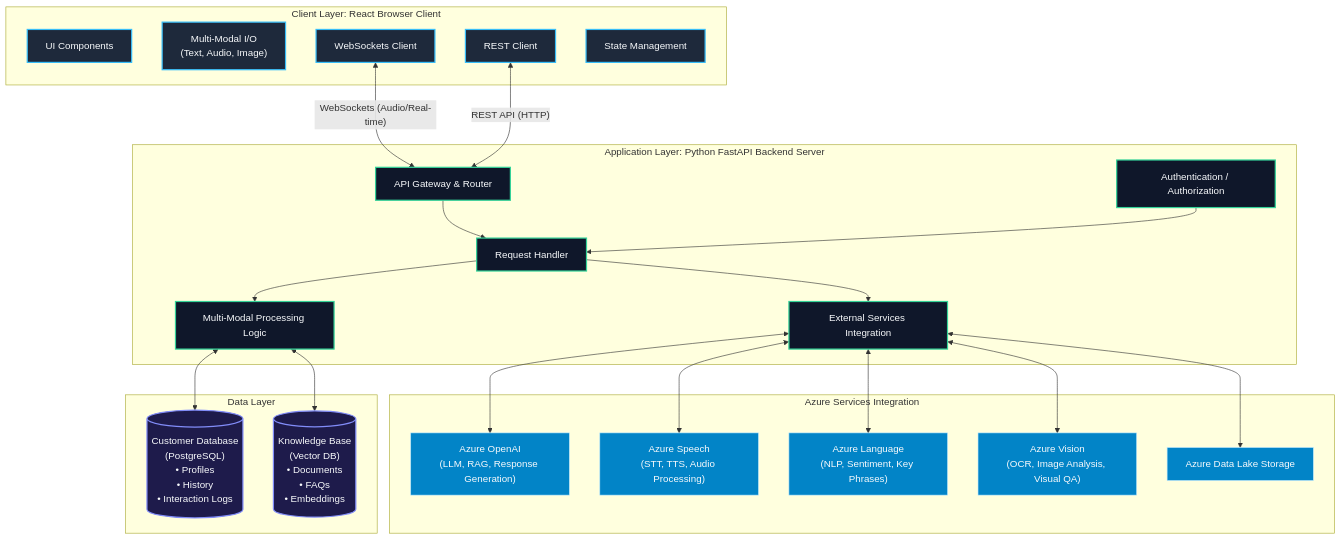
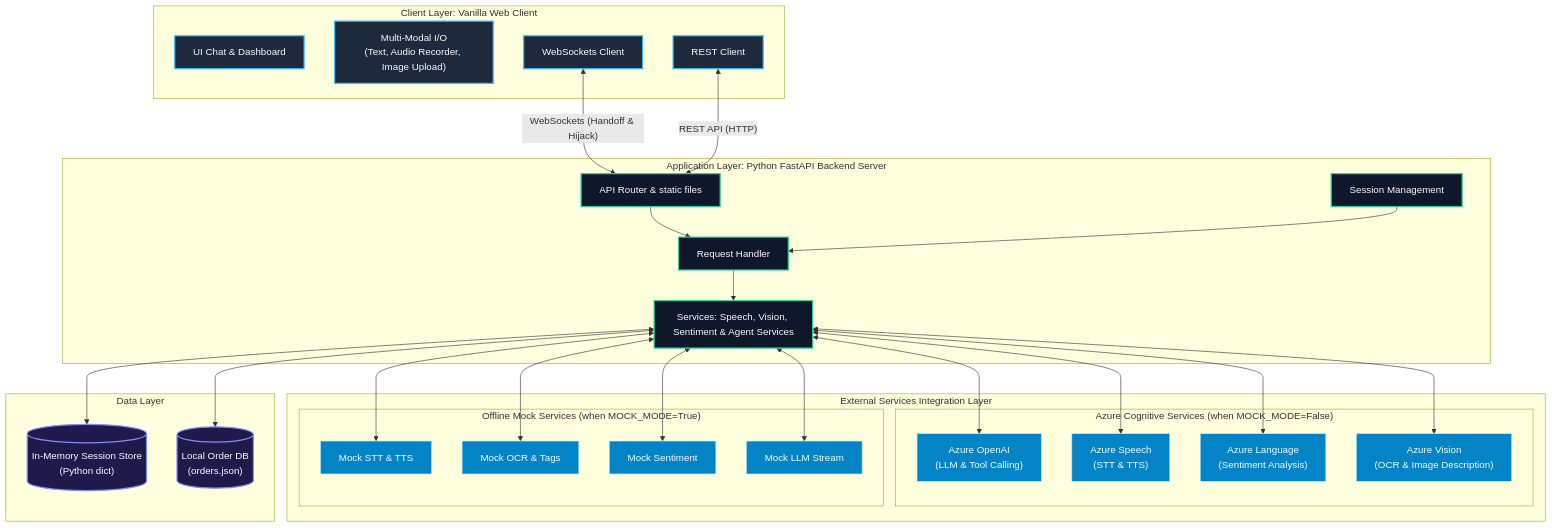
Before and after one commit to DevB24/Multi_Modal_Customer_Support_agent: the diagram in README.md, drawn with Mermaid. The commit also changed other lines of this file, not shown here.

Commit message:
Revise architecture overview and update diagram
Updated architecture description and diagram to reflect changes in client-server architecture and integration with Azure Cognitive Services.

````diff
--- a/README.md
+++ b/README.md
@@ -162,54 +165,62 @@
 ```mermaid
 graph TD
     classDef client fill:#1e293b,stroke:#38bdf8,stroke-width:2px,color:#f8fafc;
     classDef app fill:#0f172a,stroke:#34d399,stroke-width:2px,color:#f8fafc;
-    classDef azure fill:#0284c7,stroke:#bae6fd,stroke-width:1px,color:#f8fafc;
+    classDef ext fill:#0284c7,stroke:#bae6fd,stroke-width:1px,color:#f8fafc;
     classDef data fill:#1e1b4b,stroke:#818cf8,stroke-width:2px,color:#f8fafc;
 
-    subgraph CLIENT["Client Layer: React Browser Client"]
-        UI["UI Components"]:::client
-        MMIO["Multi-Modal I/O<br>(Text, Audio, Image)"]:::client
+    subgraph CLIENT["Client Layer: Vanilla Web Client"]
+        UI["UI Chat & Dashboard"]:::client
+        MMIO["Multi-Modal I/O<br>(Text, Audio Recorder, Image Upload)"]:::client
         RC["REST Client"]:::client
         WSC["WebSockets Client"]:::client
-        SM["State Management"]:::client
     end
 
     subgraph APP["Application Layer: Python FastAPI Backend Server"]
-        GW["API Gateway & Router"]:::app
-        Auth["Authentication / Authorization"]:::app
+        GW["API Router & static files"]:::app
+        SM["Session Management"]:::app
         RH["Request Handler"]:::app
-        MML["Multi-Modal Processing Logic"]:::app
-        ESI["External Services Integration"]:::app
+        MML["Services: Speech, Vision, Sentiment & Agent Services"]:::app
         
         GW --> RH
-        Auth --> RH
+        SM --> RH
         RH --> MML
-        RH --> ESI
     end
 
-    subgraph AZURE["Azure Services Integration"]
-        AOAI["Azure OpenAI<br>(LLM, RAG, Response Generation)"]:::azure
-        ASPEECH["Azure Speech<br>(STT, TTS, Audio Processing)"]:::azure
-        ALANG["Azure Language<br>(NLP, Sentiment, Key Phrases)"]:::azure
-        AVISION["Azure Vision<br>(OCR, Image Analysis, Visual QA)"]:::azure
-        ADLS["Azure Data Lake Storage"]:::azure
+    subgraph EXT["External Services Integration Layer"]
+        subgraph AZURE["Azure Cognitive Services (when MOCK_MODE=False)"]
+            AOAI["Azure OpenAI<br>(LLM & Tool Calling)"]:::ext
+            ASPEECH["Azure Speech<br>(STT & TTS)"]:::ext
+            ALANG["Azure Language<br>(Sentiment Analysis)"]:::ext
+            AVISION["Azure Vision<br>(OCR & Image Description)"]:::ext
+        end
+        subgraph MOCK["Offline Mock Services (when MOCK_MODE=True)"]
+            MSPEECH["Mock STT & TTS"]:::ext
+            MVISION["Mock OCR & Tags"]:::ext
+            MLANG["Mock Sentiment"]:::ext
+            MAOAI["Mock LLM Stream"]:::ext
+        end
     end
 
     subgraph DATA["Data Layer"]
-        DB[("Customer Database<br>(PostgreSQL)<br>• Profiles<br>• History<br>• Interaction Logs")]:::data
-        KB[("Knowledge Base<br>(Vector DB)<br>• Documents<br>• FAQs<br>• Embeddings")]:::data
+        DB[("In-Memory Session Store<br>(Python dict)")]:::data
+        JSON_DB[("Local Order DB<br>(orders.json)")]:::data
     end
 
     %% Communication Links
-    WSC <-->|"WebSockets (Audio/Real-time)"| GW
+    WSC <-->|"WebSockets (Handoff & Hijack)"| GW
     RC <-->|"REST API (HTTP)"| GW
 
-    ESI <--> AOAI
-    ESI <--> ASPEECH
-    ESI <--> ALANG
-    ESI <--> AVISION
-    ESI <--> ADLS
+    MML <--> AOAI
+    MML <--> ASPEECH
+    MML <--> ALANG
+    MML <--> AVISION
+
+    MML <--> MSPEECH
+    MML <--> MVISION
+    MML <--> MLANG
+    MML <--> MAOAI
 
     MML <--> DB
-    MML <--> KB
+    MML <--> JSON_DB
 ```
````
